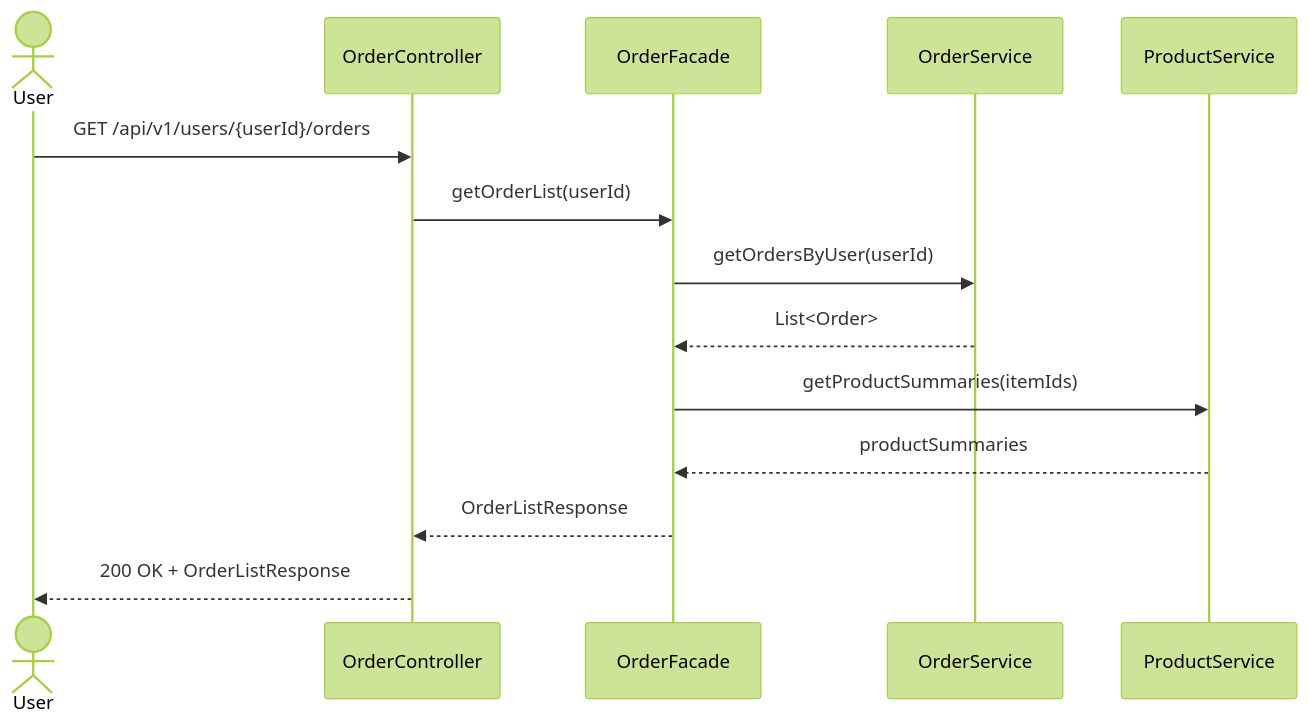
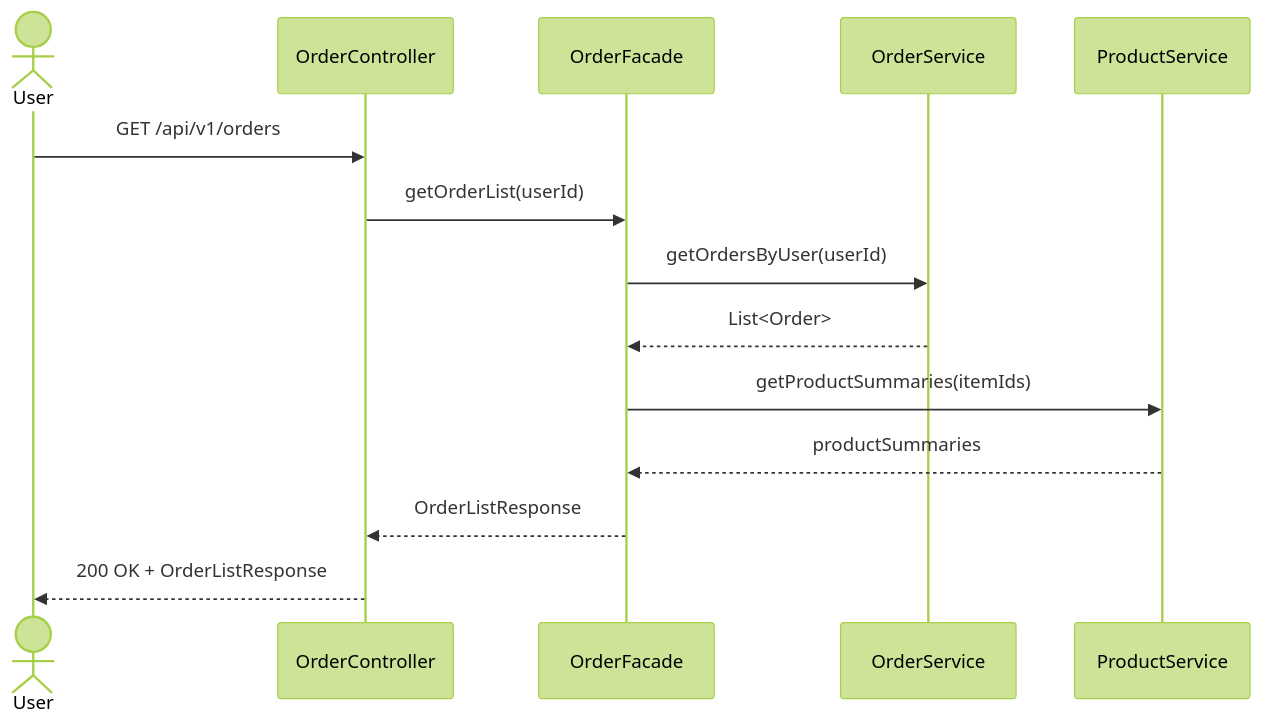
One commit to yuneong/loopers changed the seventh of 10 diagrams in docs/design/02-sequence-diagrams.md. Above: the diagram before and after it, drawn with Mermaid (forest theme). The commit also changed other lines of this file and 1 other file, not shown here.

Commit message:
docs: 주문/결제(Orders) 요구사항 정의서, 시퀀스 다이어그램 수정 2

````diff
--- a/docs/design/02-sequence-diagrams.md
+++ b/docs/design/02-sequence-diagrams.md
@@ -225,20 +225,20 @@
 ```mermaid
 sequenceDiagram
     actor User
     participant OrderController
     participant OrderFacade
     participant OrderService
     participant ProductService
 
-    User->>OrderController: GET /api/v1/users/{userId}/orders
+    User->>OrderController: GET /api/v1/orders
     OrderController->>OrderFacade: getOrderList(userId)
     
     OrderFacade->>OrderService: getOrdersByUser(userId)
     OrderService-->>OrderFacade: List<Order>
 
     OrderFacade->>ProductService: getProductSummaries(itemIds)
     ProductService-->>OrderFacade: productSummaries
 
     OrderFacade-->>OrderController: OrderListResponse
     OrderController-->>User: 200 OK + OrderListResponse
 ```
````
